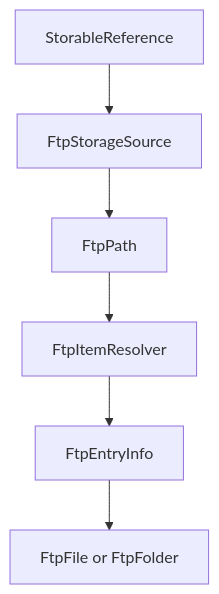
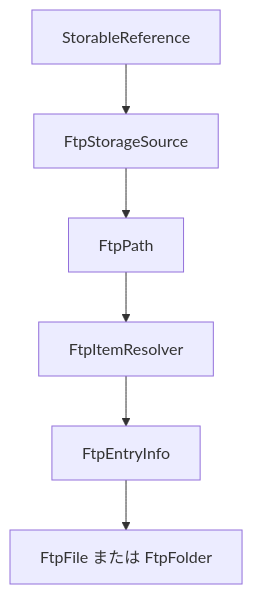
One commit to 0x5bfa/Files changed the first of 4 diagrams in docs/architecture/ftp-storage.md. Above: the diagram before and after it, drawn with Mermaid. The commit also changed other lines of this file and 18 other files, not shown here.

Commit message:
Translate architecture docs to Japanese

````diff
--- a/docs/architecture/ftp-storage.md
+++ b/docs/architecture/ftp-storage.md
@@ -33,15 +32,15 @@
 ```mermaid
 flowchart TD
     Reference["StorableReference"]
     Source["FtpStorageSource"]
     Path["FtpPath"]
     Resolver["FtpItemResolver"]
     Entry["FtpEntryInfo"]
-    Model["FtpFile or FtpFolder"]
+    Model["FtpFile または FtpFolder"]
 
     Reference --> Source
     Source --> Path
     Path --> Resolver
     Resolver --> Entry
     Entry --> Model
 ```
````
